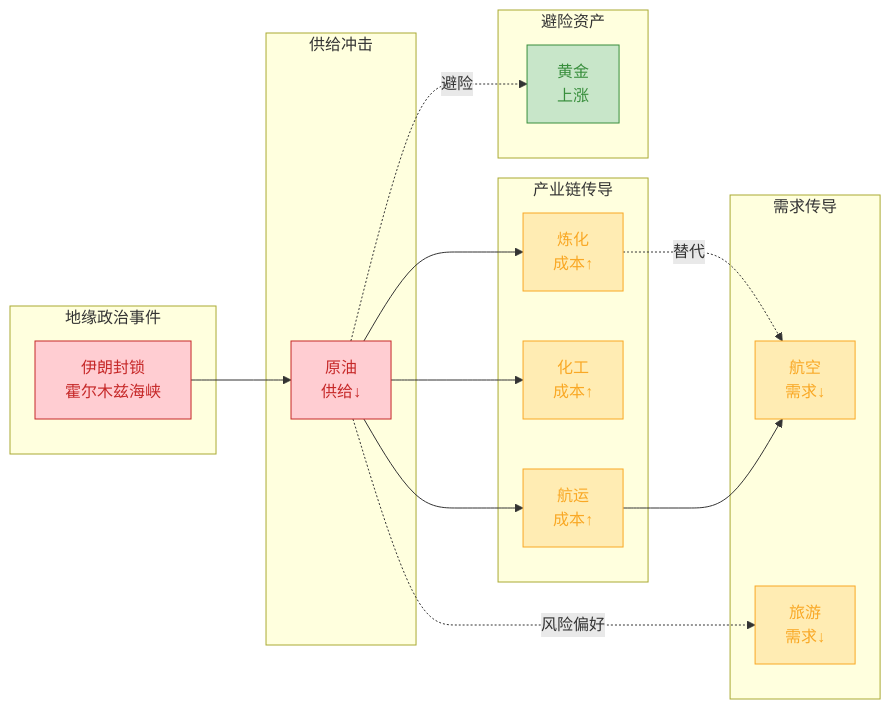
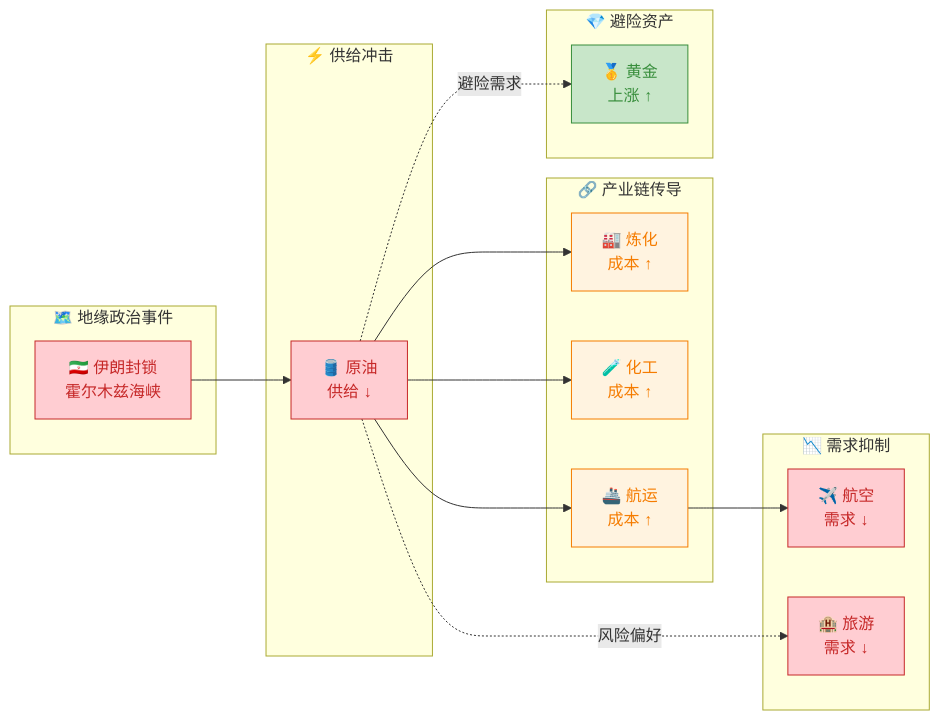
Before and after one commit to mkih76/event-driven-trading-system: the second of 3 diagrams in README.md, drawn with Mermaid. The commit also changed other lines of this file, not shown here.

````diff
--- a/README.md
+++ b/README.md
@@ -113,45 +115,42 @@
 ```mermaid
 graph LR
-    subgraph Event["地缘政治事件"]
-        IRAN[伊朗封锁<br/>霍尔木兹海峡]
+    subgraph Event["🗺️ 地缘政治事件"]
+        IRAN["🇮🇷 伊朗封锁<br/>霍尔木兹海峡"]
     end
 
-    subgraph Supply["供给冲击"]
-        OIL[原油<br/>供给↓]
+    subgraph Supply["⚡ 供给冲击"]
+        OIL["🛢️ 原油<br/>供给 ↓"]
     end
 
-    subgraph Transmission["产业链传导"]
-        REFIN[炼化<br/>成本↑]
-        CHEM[化工<br/>成本↑]
-        SHIP[航运<br/>成本↑]
+    subgraph Transmission["🔗 产业链传导"]
+        REFIN["🏭 炼化<br/>成本 ↑"]
+        CHEM["🧪 化工<br/>成本 ↑"]
+        SHIP["🚢 航运<br/>成本 ↑"]
     end
 
-    subgraph Demand["需求传导"]
-        AVIATION[航空<br/>需求↓]
-        TOURISM[旅游<br/>需求↓]
+    subgraph Demand["📉 需求抑制"]
+        AVIATION["✈️ 航空<br/>需求 ↓"]
+        TOURISM["🏨 旅游<br/>需求 ↓"]
     end
 
-    subgraph Safe["避险资产"]
-        GOLD[黄金<br/>上涨]
+    subgraph Safe["💎 避险资产"]
+        GOLD["🥇 黄金<br/>上涨 ↑"]
     end
 
     IRAN --> OIL
     OIL --> REFIN
     OIL --> CHEM
     OIL --> SHIP
-    REFIN -.->|替代| AVIATION
     SHIP --> AVIATION
-    OIL -.->|风险偏好| TOURISM
-    OIL -.->|避险| GOLD
+    OIL -.->|"风险偏好"| TOURISM
+    OIL -.->|"避险需求"| GOLD
 
-    classDef event fill:#ffcdd2,stroke:#c62828,color:#c62828
-    classDef negative fill:#ffecb3,stroke:#f9a825,color:#f9a825
-    classDef positive fill:#c8e6c9,stroke:#388e3c,color:#388e3c
-    classDef neutral fill:#e1f5fe,stroke:#0288d1,color:#0288d1
-
-    class IRAN event
-    class OIL event
-    class REFIN,CHEM,SHIP negative
-    class AVIATION,TOURISM negative
-    class GOLD positive
+    style IRAN fill:#ffcdd2,stroke:#c62828,color:#c62828
+    style OIL fill:#ffcdd2,stroke:#c62828,color:#c62828
+    style REFIN fill:#fff3e0,stroke:#f57c00,color:#f57c00
+    style CHEM fill:#fff3e0,stroke:#f57c00,color:#f57c00
+    style SHIP fill:#fff3e0,stroke:#f57c00,color:#f57c00
+    style AVIATION fill:#ffcdd2,stroke:#c62828,color:#c62828
+    style TOURISM fill:#ffcdd2,stroke:#c62828,color:#c62828
+    style GOLD fill:#c8e6c9,stroke:#388e3c,color:#388e3c
 ```
````
